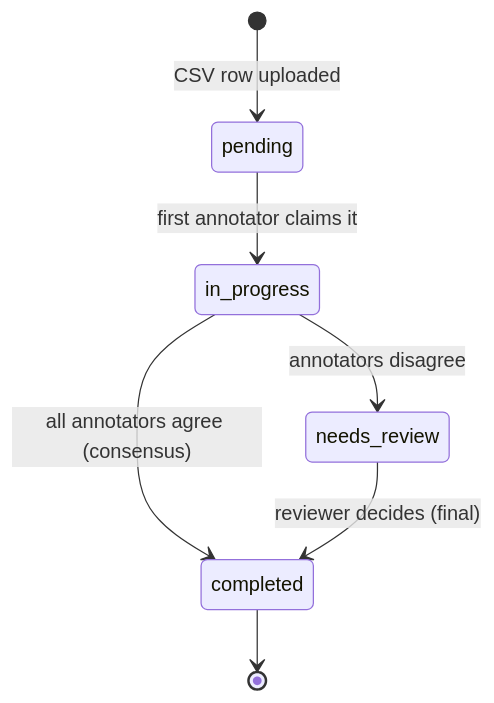
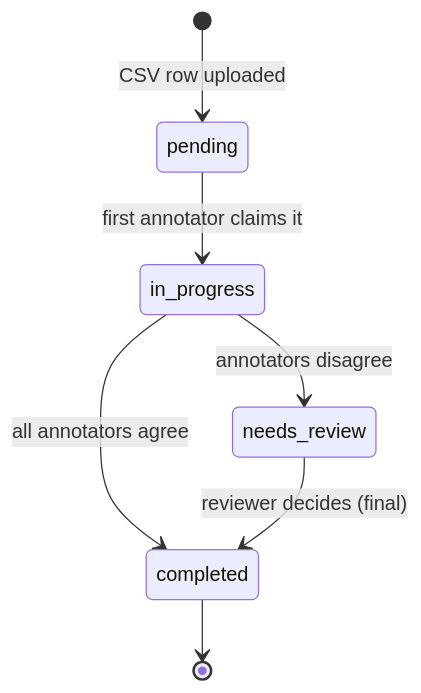
One commit to amit-0333/labelflow changed the second of 2 diagrams in README.md. Above: the diagram before and after it, drawn with Mermaid. The commit also changed other lines of this file and 1 other file, not shown here.

````diff
--- a/README.md
+++ b/README.md
@@ -101,9 +114,9 @@
 ```mermaid
 stateDiagram-v2
     [*] --> pending: CSV row uploaded
     pending --> in_progress: first annotator claims it
-    in_progress --> completed: all annotators agree (consensus)
+    in_progress --> completed: all annotators agree
     in_progress --> needs_review: annotators disagree
     needs_review --> completed: reviewer decides (final)
     completed --> [*]
 ```
````
